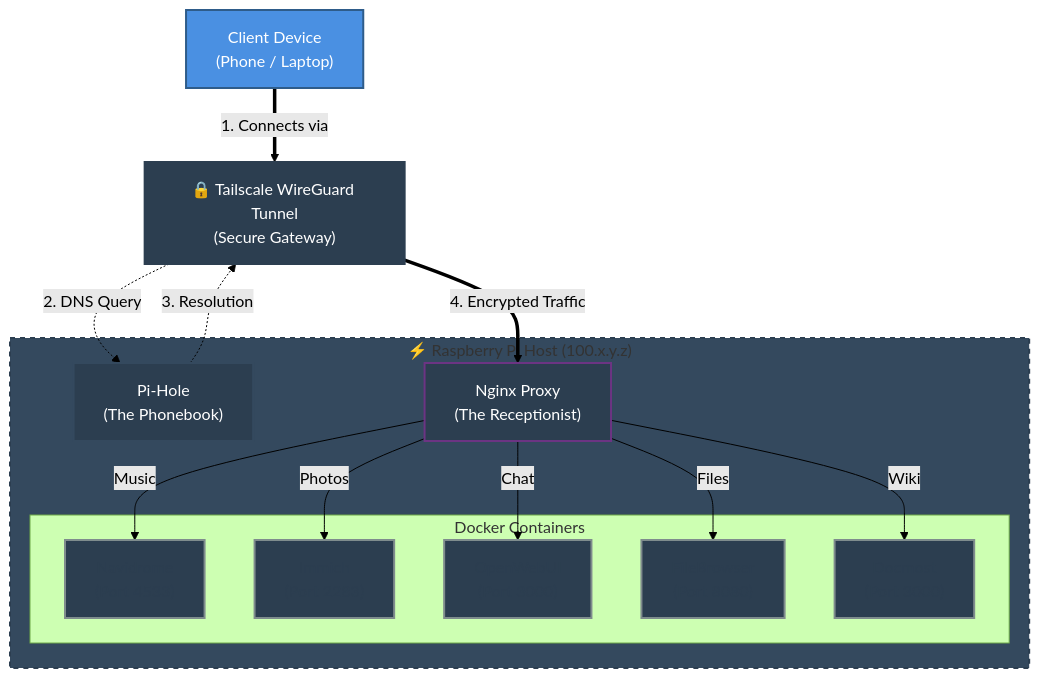
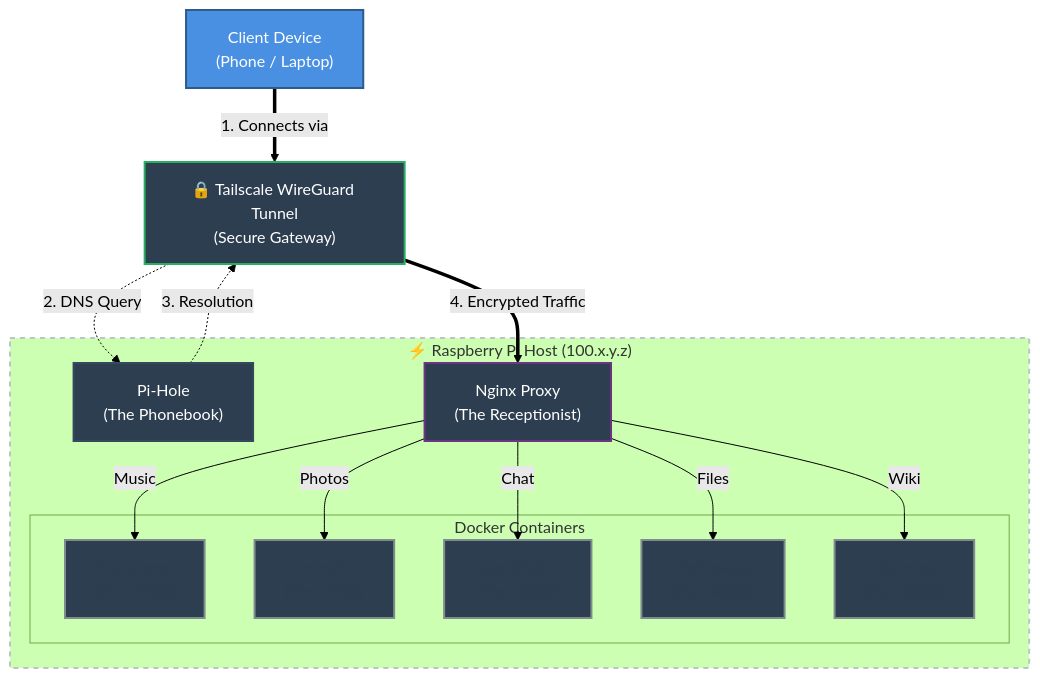
The diagram in README.md (spaceadler/homelab), drawn with Mermaid (forest theme) before and after one commit.

````diff
--- a/README.md
+++ b/README.md
@@ -55,52 +55,52 @@
 ```mermaid
 graph TD
     %% STYLING
     classDef client fill:#4A90E2,stroke:#2E5C8A,stroke-width:2px,color:#fff;
     classDef dns fill:#2C3E50,stroke:#34495E,stroke-width:2px,color:#fff;
     classDef proxy fill:#2C3E50,stroke:#6C3483,stroke-width:2px,color:#fff;
     classDef service fill:#2C3E50,stroke:#7F8C8D,stroke-width:2px,color:#2C3E50;
-    classDef vpn fill:#2C3E50,stroke:#2C3E50,stroke-width:2px,color:#fff; 
-    classDef host fill:#34495E,stroke:#2C3E50,stroke-width:2px,stroke-dasharray: 5 5;
+    classDef vpn fill:#2C3E50,stroke:#27AE60,stroke-width:2px,color:#fff; 
+    classDef host stroke:#BDC3C7,stroke-width:2px,stroke-dasharray: 5 5;
 
     %% NODES
     User["Client Device<br/>(Phone / Laptop)"]:::client
     
     %% THE VPN TUNNEL (The Box the phone goes through)
     VPN["🔒 Tailscale WireGuard Tunnel<br/>(Secure Gateway)"]:::vpn
 
     subgraph Host [" ⚡ Raspberry Pi Host (100.x.y.z) "]
         
         PiHole["Pi-Hole<br/>(The Phonebook)"]:::dns
         Nginx["Nginx Proxy<br/>(The Receptionist)"]:::proxy
         
         subgraph Containers [" Docker Containers "]
             Music["Navidrome<br/>(Port 4533)"]:::service
             Immich["Immich<br/>(Port 2283)"]:::service
             AI["OpenWebUI<br/>(Port 3000)"]:::service
             Files["FileBrowser<br/>(Port 8080)"]:::service
             Docs["Docmost<br/>(Port 3000)"]:::service
         end
     end
 
     %% LOGIC FLOW
     
     %% Step 1: The Secure Connection
     User ==>|"1. Connects via"| VPN
 
     %% Step 2: DNS (Through the Tunnel)
     VPN -.->|"2. DNS Query"| PiHole
     PiHole -.->|"3. Resolution"| VPN
 
     %% Step 3: Traffic (Through the Tunnel to Nginx)
     VPN ==>|"4. Encrypted Traffic"| Nginx
 
     %% Step 4: Internal Routing
     Nginx -->|"Music"| Music
     Nginx -->|"Photos"| Immich
     Nginx -->|"Chat"| AI
     Nginx -->|"Files"| Files
     Nginx -->|"Wiki"| Docs
 
     %% Style the Host box
     class Host host;
 ```
````
